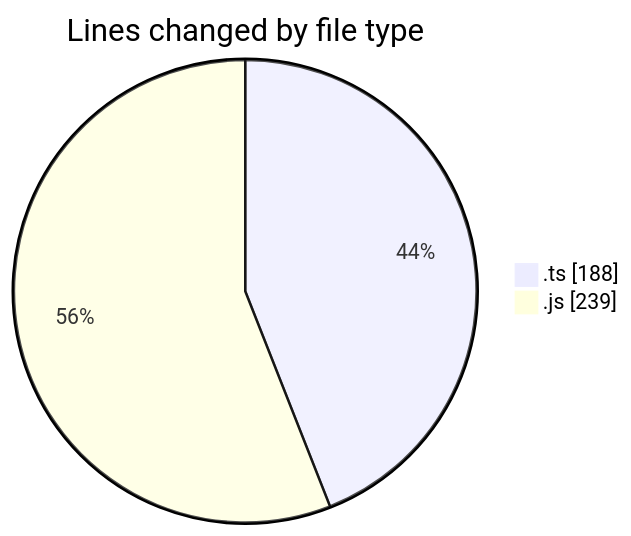
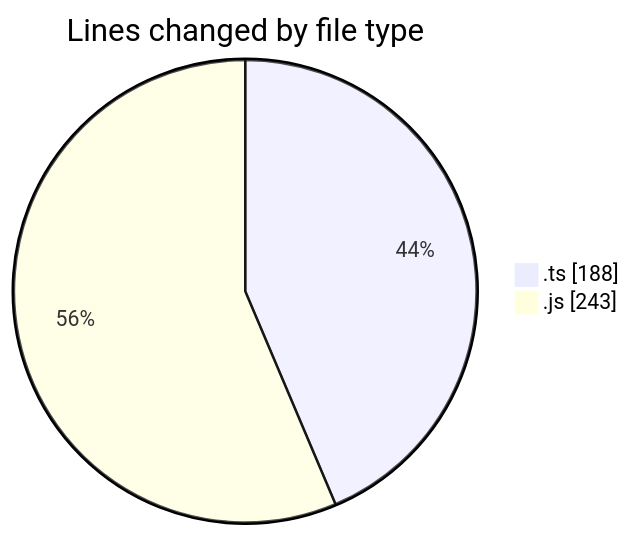
The first of 2 diagrams in 2025-03-12/cda/README.md (momahboobian/code-tracking), drawn with Mermaid before and after one commit. The commit also changed other lines of this file and 1 other file, not shown here.

````diff
--- a/2025-03-12/cda/README.md
+++ b/2025-03-12/cda/README.md
@@ -25,6 +25,6 @@
 ```mermaid
 pie showData
 title Lines changed by file type
 ".ts" : 188
-".js" : 239
+".js" : 243
 ```
````
